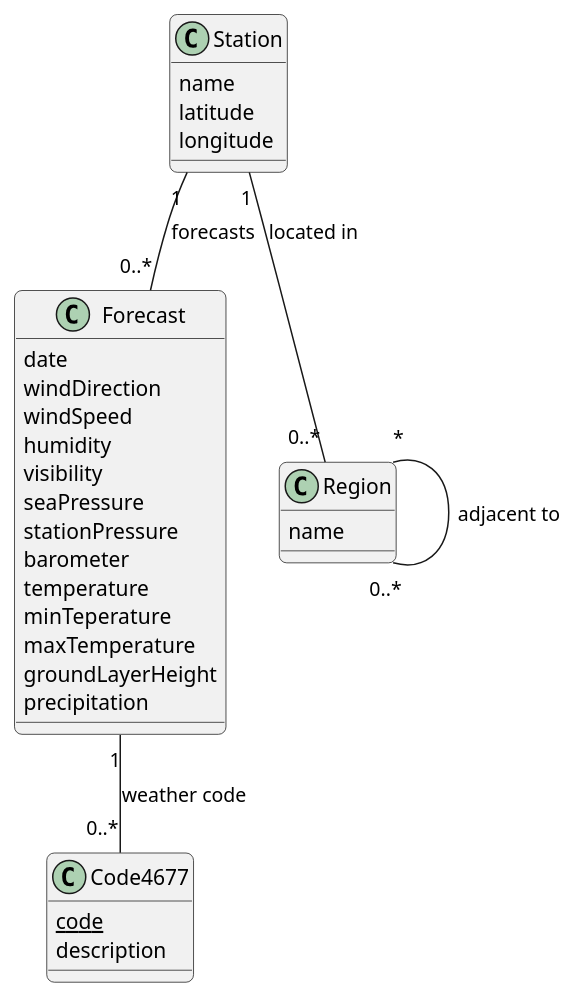
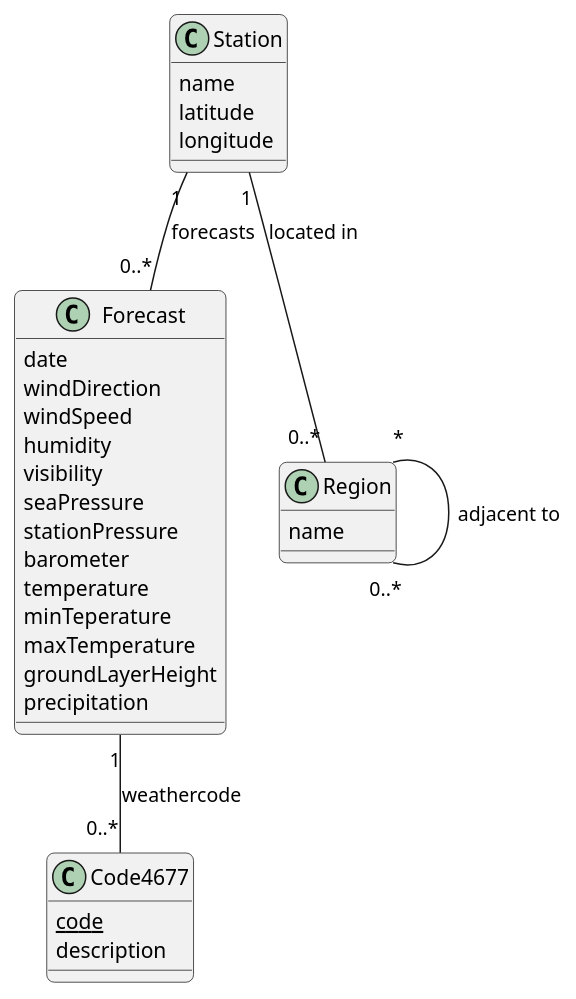
The diagram in model/conceptual.puml (Livl-Corporation/livl-weather), drawn with PlantUML before and after one commit.

Commit message:
fix(conceptual): typo issue for the weathercode field

```diff
--- a/model/conceptual.puml
+++ b/model/conceptual.puml
@@ -1,43 +1,43 @@
 @startuml "Livl Weather"
 
 skinparam roundcorner 10
 
 class Forecast {
     date
     windDirection
     windSpeed
     humidity
     visibility
     seaPressure
     stationPressure
     barometer
     temperature
     minTeperature
     maxTemperature
     groundLayerHeight
     precipitation
 }
 
 class Station {
     name
     latitude
     longitude
 }
 
 class Region {
     name
 }
 
 class Code4677 {
     {static}code
     description
 }
 
 Station "1" -- "0..*" Forecast : forecasts
 Station "1" -- "0..*" Region : located in
 
 Region "*" -- "0..*" Region : adjacent to
 
-Forecast "1" -- "0..*" Code4677 : weather code
+Forecast "1" -- "0..*" Code4677 : weathercode
 
 @enduml
```
